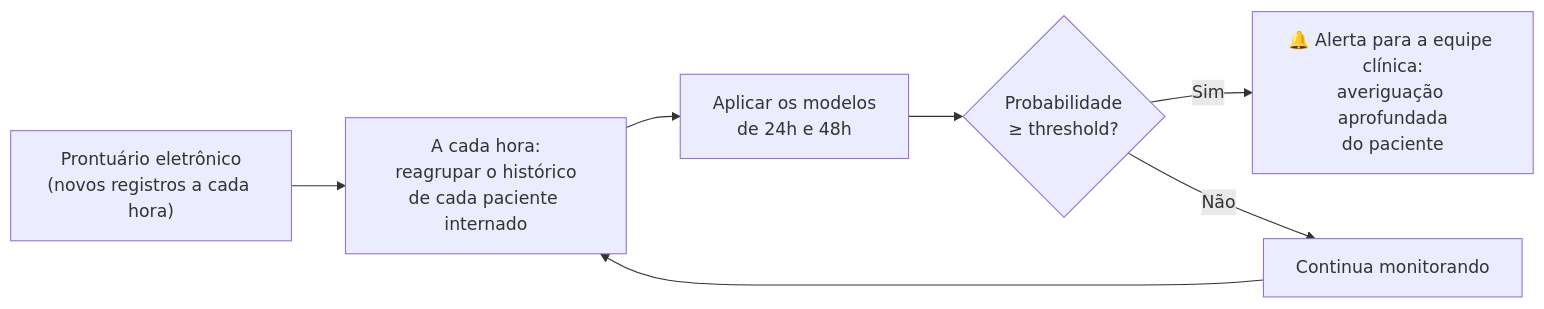
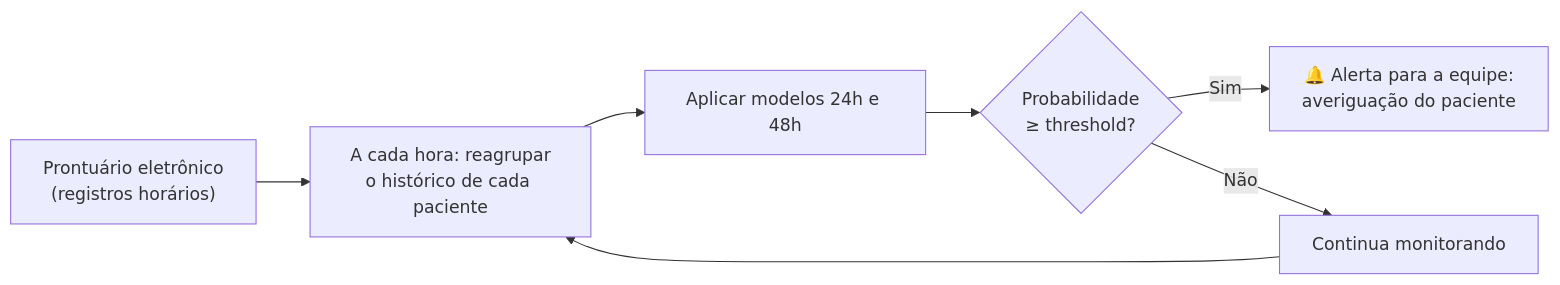
One commit to JuscelinoCarvalho/DataScienceMBA changed the second of 2 diagrams in README.md. Above: the diagram before and after it, drawn with Mermaid. The commit also changed other lines of this file and 15 other files, not shown here.

````diff
--- a/README.md
+++ b/README.md
@@ -130,9 +196,9 @@
 ```mermaid
 flowchart LR
-    A["Prontuário eletrônico<br/>(novos registros a cada hora)"] --> B["A cada hora:<br/>reagrupar o histórico<br/>de cada paciente internado"]
-    B --> C["Aplicar os modelos<br/>de 24h e 48h"]
+    A["Prontuário eletrônico<br/>(registros horários)"] --> B["A cada hora: reagrupar<br/>o histórico de cada paciente"]
+    B --> C["Aplicar modelos 24h e 48h"]
     C --> D{"Probabilidade<br/>≥ threshold?"}
-    D -->|Sim| E["🔔 Alerta para a equipe clínica:<br/>averiguação aprofundada<br/>do paciente"]
+    D -->|Sim| E["🔔 Alerta para a equipe:<br/>averiguação do paciente"]
     D -->|Não| F["Continua monitorando"]
     F --> B
 ```
````
